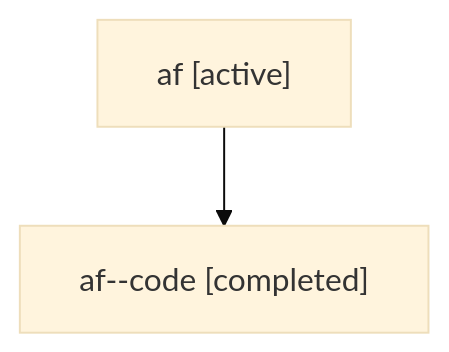
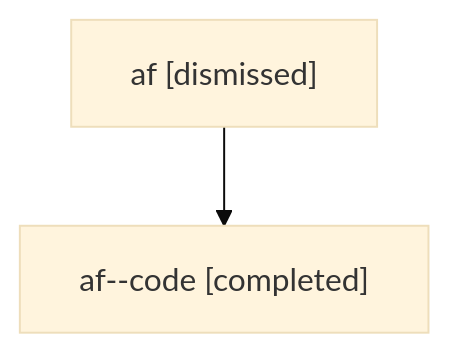
Before and after one commit to sase-org/sase--agents: the diagram in sessions/bbugyi200.athena.af.md, drawn with Mermaid (base theme). The commit also changed other lines of this file and 18 other files, not shown here.

````diff
--- a/sessions/bbugyi200.athena.af.md
+++ b/sessions/bbugyi200.athena.af.md
@@ -9,6 +9,6 @@
 ```mermaid
 flowchart TD
-  n0["af [active]"]
+  n0["af [dismissed]"]
   n1["af--code [completed]"]
   n0 --> n1
 ```
````
